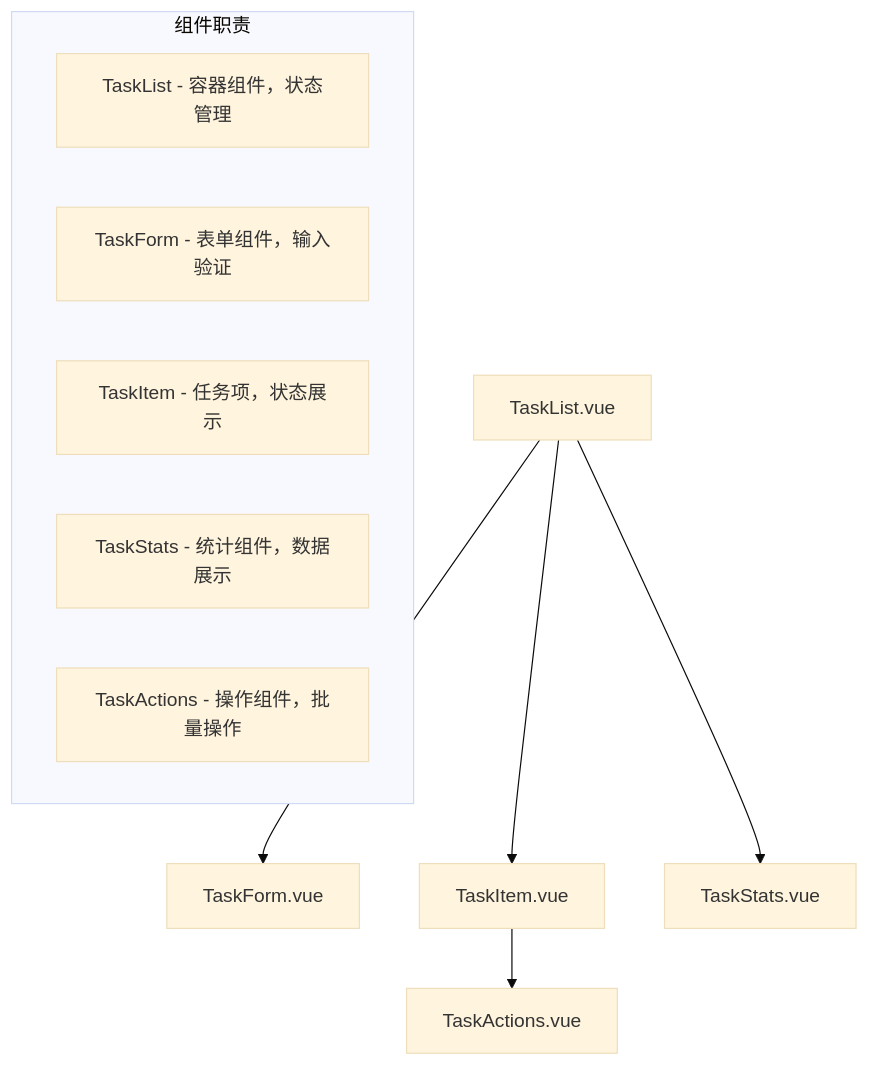
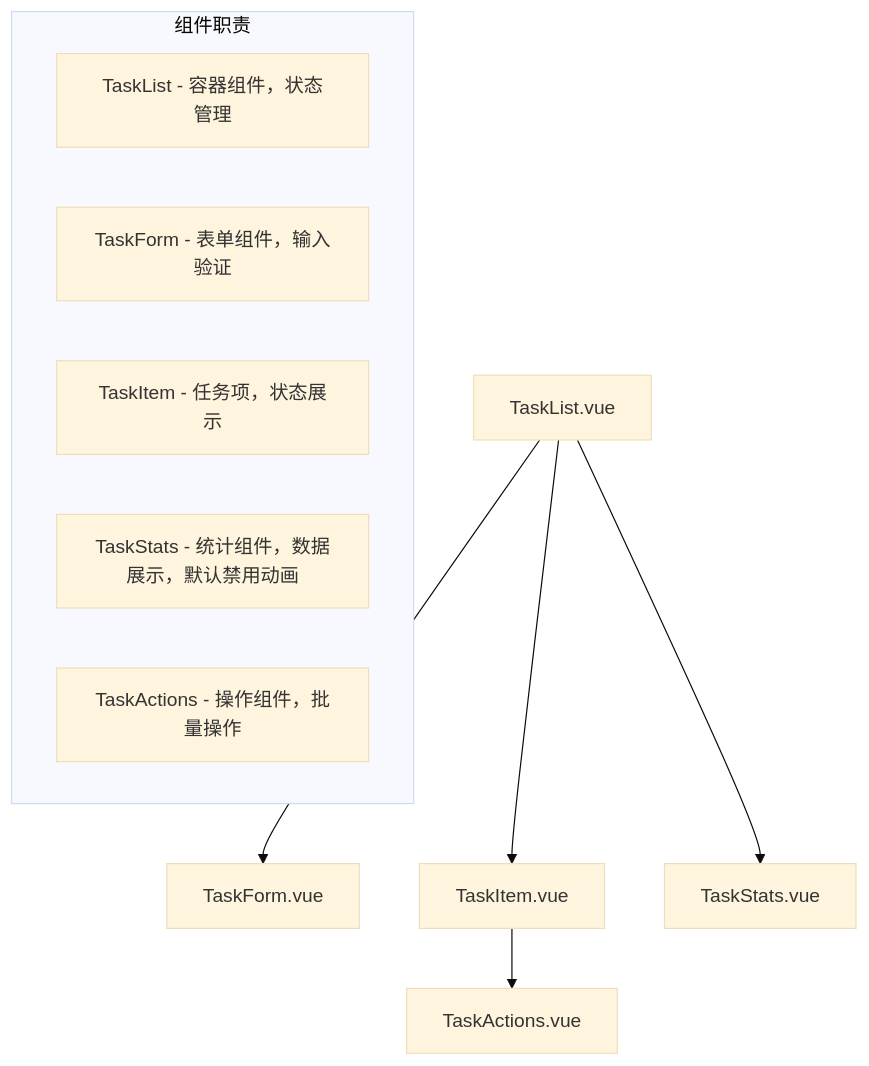
One commit to EvilJoker/oneboard changed the second of 2 diagrams in docs/feature/任务管理模块-详细设计文档-v1.0.md. Above: the diagram before and after it, drawn with Mermaid (base theme). The commit also changed other lines of this file and 21 other files, not shown here.

````diff
--- a/docs/feature/任务管理模块-详细设计文档-v1.0.md
+++ b/docs/feature/任务管理模块-详细设计文档-v1.0.md
@@ -162,15 +162,15 @@
 ```mermaid
 graph TD
     A[TaskList.vue] --> B[TaskForm.vue]
     A --> C[TaskItem.vue]
     A --> D[TaskStats.vue]
     C --> E[TaskActions.vue]
     
     subgraph 组件职责
     F[TaskList - 容器组件，状态管理] 
     G[TaskForm - 表单组件，输入验证]
     H[TaskItem - 任务项，状态展示]
-    I[TaskStats - 统计组件，数据展示]
+    I[TaskStats - 统计组件，数据展示，默认禁用动画]
     J[TaskActions - 操作组件，批量操作]
     end
 ```
````
